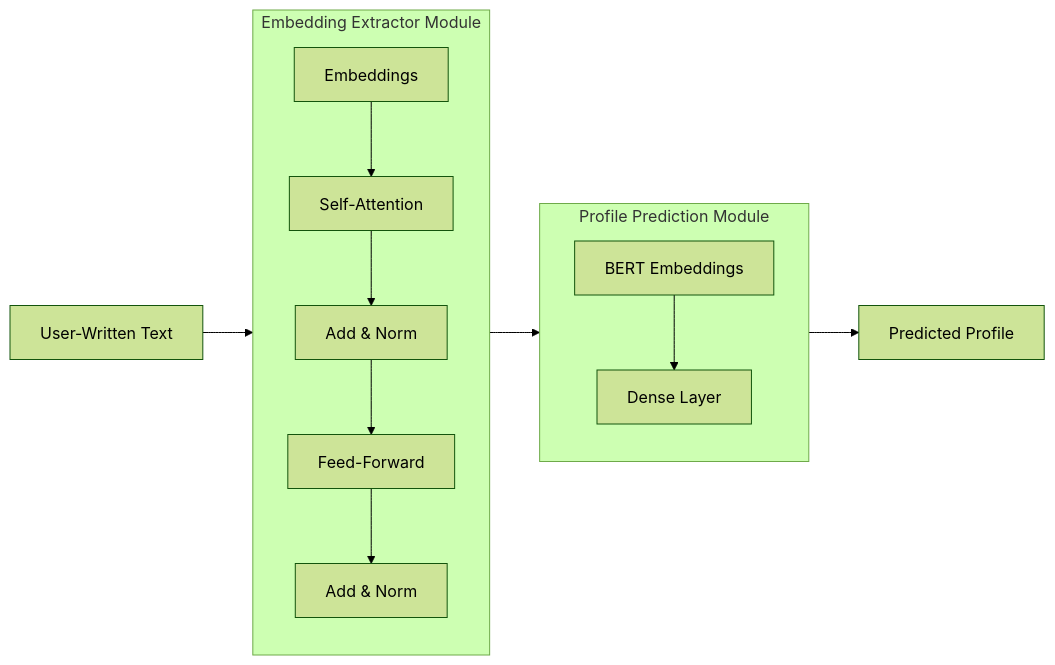
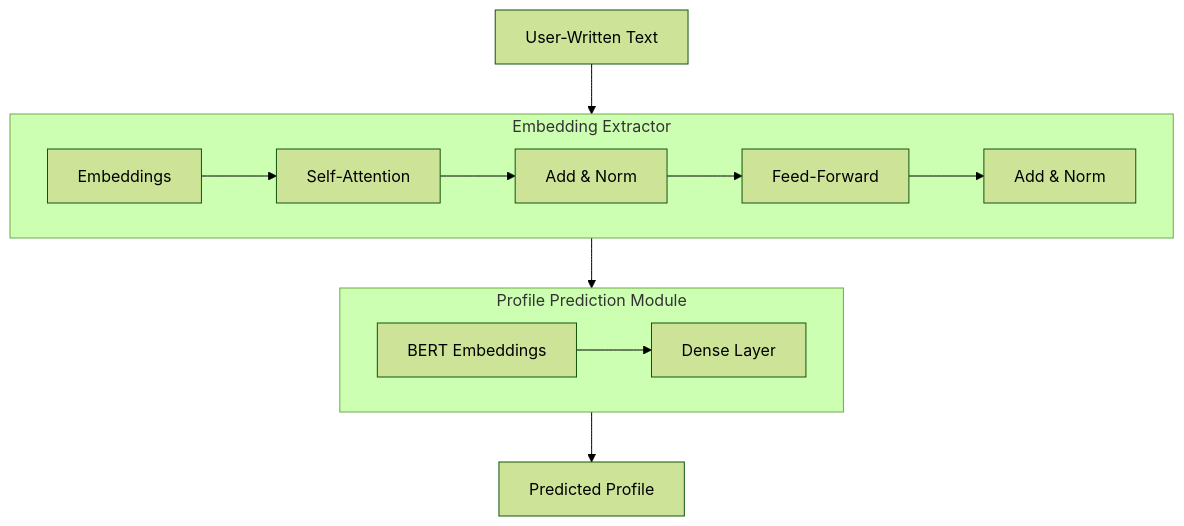
The diagram in README.md (hansung-prism-lab/sw-industry-collab-2025), drawn with Mermaid (forest theme) before and after one commit.

````diff
--- a/README.md
+++ b/README.md
@@ -48,20 +48,22 @@
 ```mermaid
-flowchart LR
+flowchart TD
     A[User-Written Text] --> EMB
 
-     subgraph EMB[Embedding Extractor Module]
+     subgraph EMB[Embedding Extractor]
+     	direction LR
         E[Embeddings] -->SA[Self-Attention] -->AN1[Add & Norm] -->FF[Feed-Forward] -->AN2[Add & Norm]
     end
 
 	
     EMB --> Pred  
     subgraph Pred[Profile Prediction Module]
+    	direction LR
     	BE[BERT Embeddings]
     	DL[Dense Layer]
     	
     	BE --> DL
     end
     
     Pred --> OUT[Predicted Profile]
 
 ```
````
